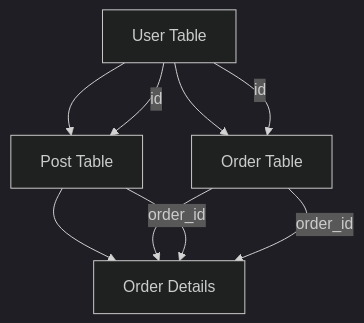
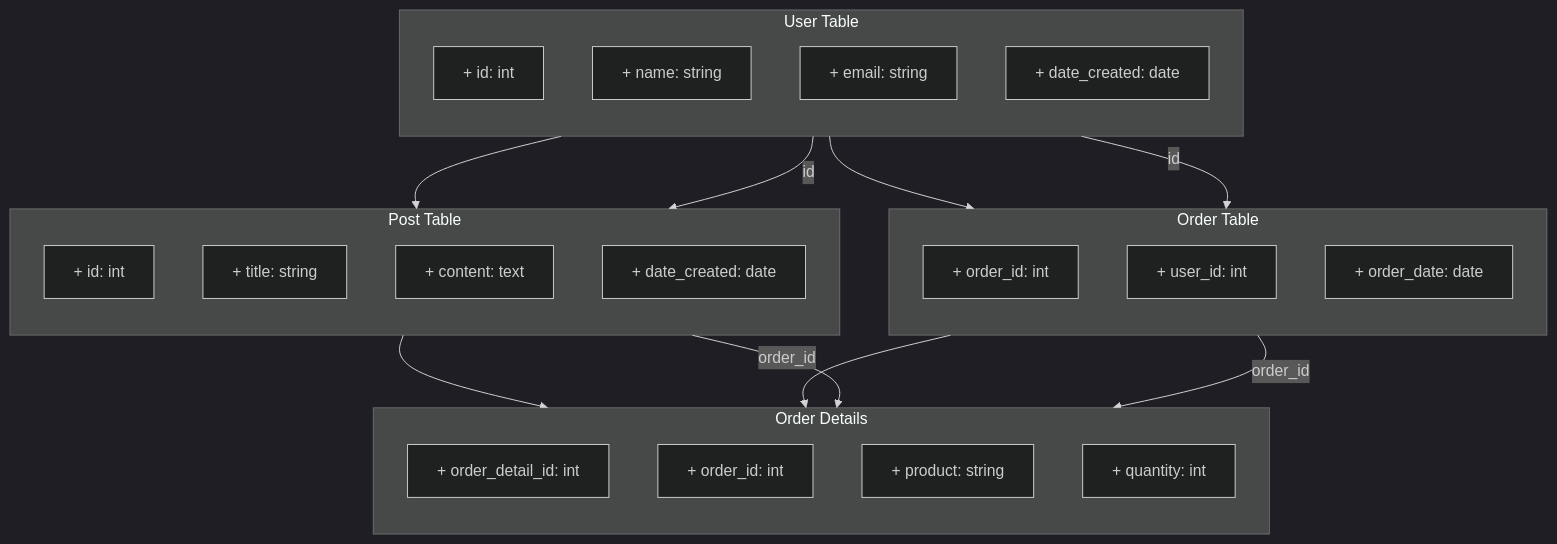
Before and after one commit to tudorciobanu99/internship_etl: the diagram in README.md, drawn with Mermaid (dark theme). The commit also changed other lines of this file, not shown here.

Commit message:
minor fix

````diff
--- a/README.md
+++ b/README.md
@@ -171,12 +171,43 @@
- ```mermaid
+```mermaid
 flowchart TD
     A[User Table] --> B[Post Table]
     A[User Table] --> C[Order Table]
     B --> D[Order Details]
     C --> D[Order Details]
 
     A -->|id| B
     A -->|id| C
     B -->|order_id| D
     C -->|order_id| D
- ```
+
+    subgraph A [User Table]
+        direction TB
+        A1[+ id: int]
+        A2[+ name: string]
+        A3[+ email: string]
+        A4[+ date_created: date]
+    end
+
+    subgraph B [Post Table]
+        direction TB
+        B1[+ id: int]
+        B2[+ title: string]
+        B3[+ content: text]
+        B4[+ date_created: date]
+    end
+
+    subgraph C [Order Table]
+        direction TB
+        C1[+ order_id: int]
+        C2[+ user_id: int]
+        C3[+ order_date: date]
+    end
+
+    subgraph D [Order Details]
+        direction TB
+        D1[+ order_detail_id: int]
+        D2[+ order_id: int]
+        D3[+ product: string]
+        D4[+ quantity: int]
+    end
+```
````
